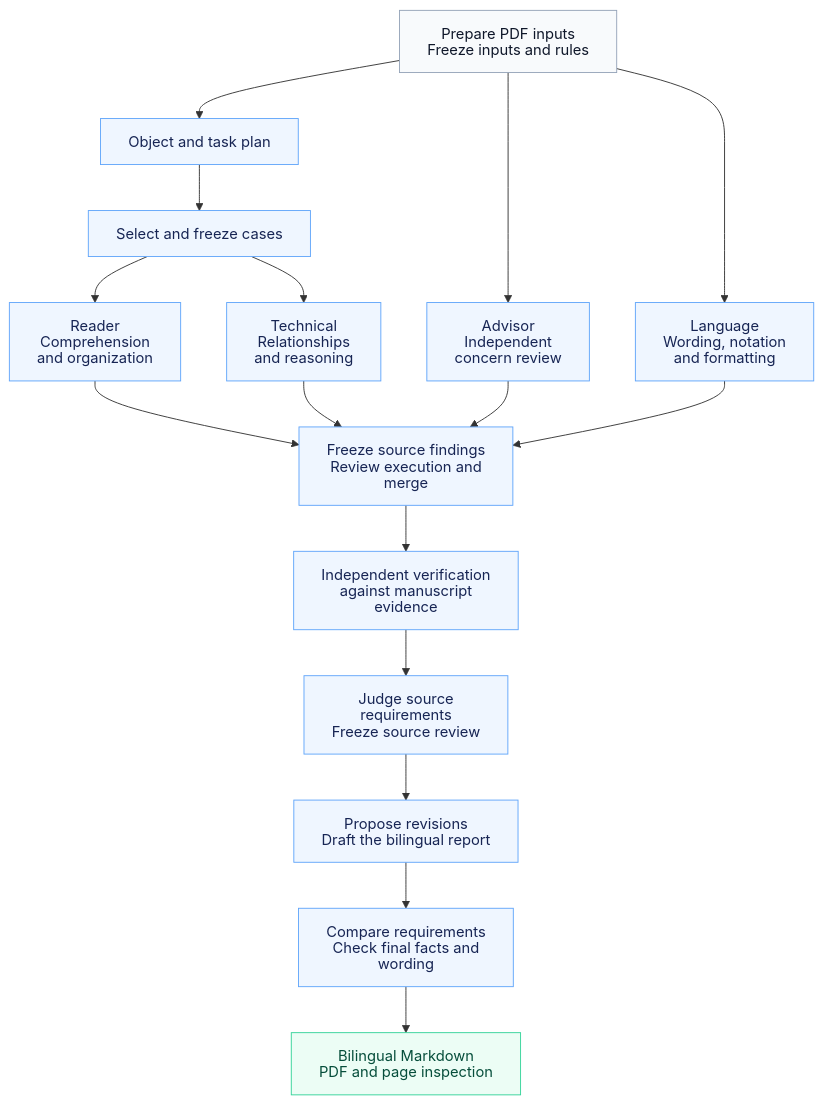
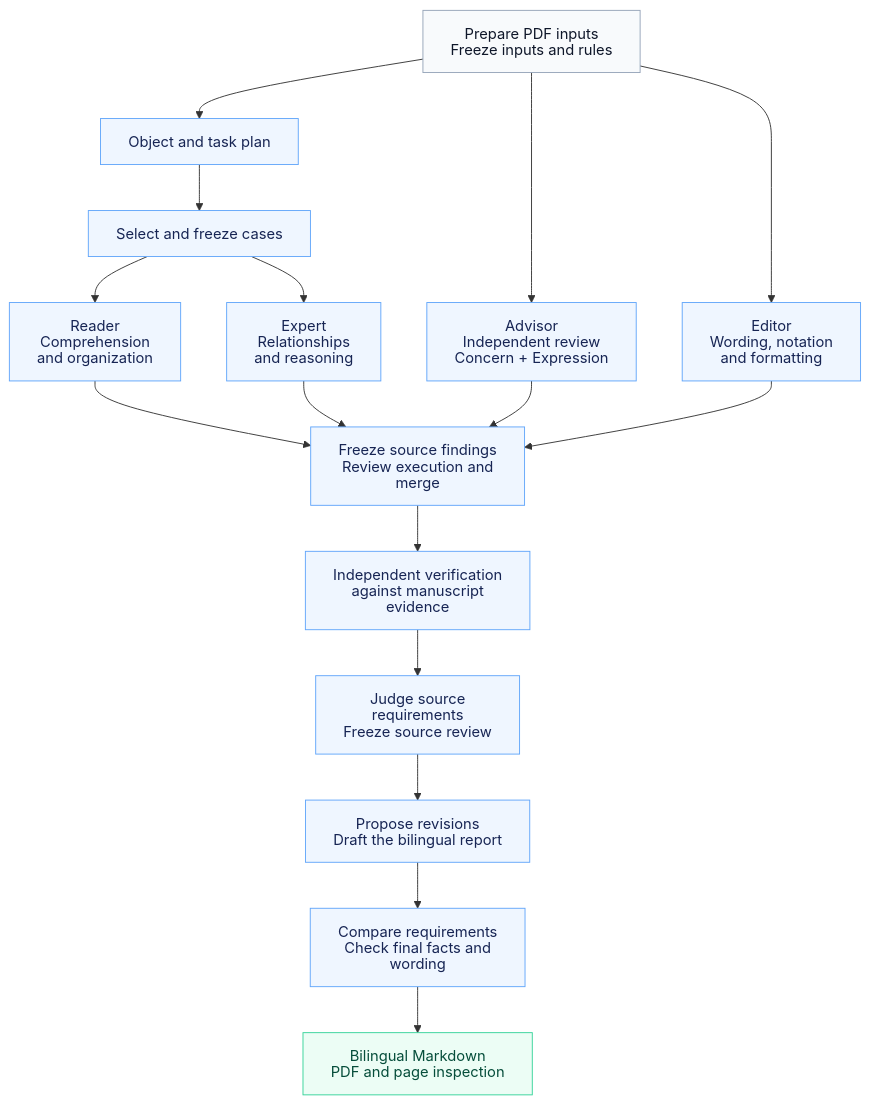
One commit to stevenyyzhang/MentorTrace changed the diagram in README.md. Above: the diagram before and after it, drawn with Mermaid. The commit also changed other lines of this file and 143 other files, not shown here.

````diff
--- a/README.md
+++ b/README.md
@@ -53,40 +55,40 @@
 ```mermaid
 ---
 config:
   htmlLabels: false
   flowchart:
     htmlLabels: false
 ---
 flowchart TB
     F["Prepare PDF inputs<br/>Freeze inputs and rules"]
     O["Object and task plan"]
     C["Select and freeze cases"]
     R["Reader<br/>Comprehension<br/>and organization"]
-    T["Technical<br/>Relationships<br/>and reasoning"]
-    A["Advisor<br/>Independent<br/>concern review"]
-    L["Language<br/>Wording, notation<br/>and formatting"]
+    T["Expert<br/>Relationships<br/>and reasoning"]
+    A["Advisor<br/>Independent review<br/>Concern + Expression"]
+    L["Editor<br/>Wording, notation<br/>and formatting"]
     M["Freeze source findings<br/>Review execution and merge"]
     V["Independent verification<br/>against manuscript evidence"]
     Q["Judge source requirements<br/>Freeze source review"]
     D["Propose revisions<br/>Draft the bilingual report"]
     B["Compare requirements<br/>Check final facts and wording"]
     OUT["Bilingual Markdown<br/>PDF and page inspection"]
 
     F --> O --> C
     C --> R
     C --> T
     F ----> A
     F ----> L
     R --> M
     T --> M
     A --> M
     L --> M
     M --> V --> Q --> D --> B --> OUT
 
     classDef input fill:#f8fafc,stroke:#94a3b8,color:#0f172a;
     classDef review fill:#eff6ff,stroke:#60a5fa,color:#172554;
     classDef output fill:#ecfdf5,stroke:#34d399,color:#064e3b;
     class F input;
     class O,C,R,T,A,L,M,V,Q,D,B review;
     class OUT output;
 ```
````
